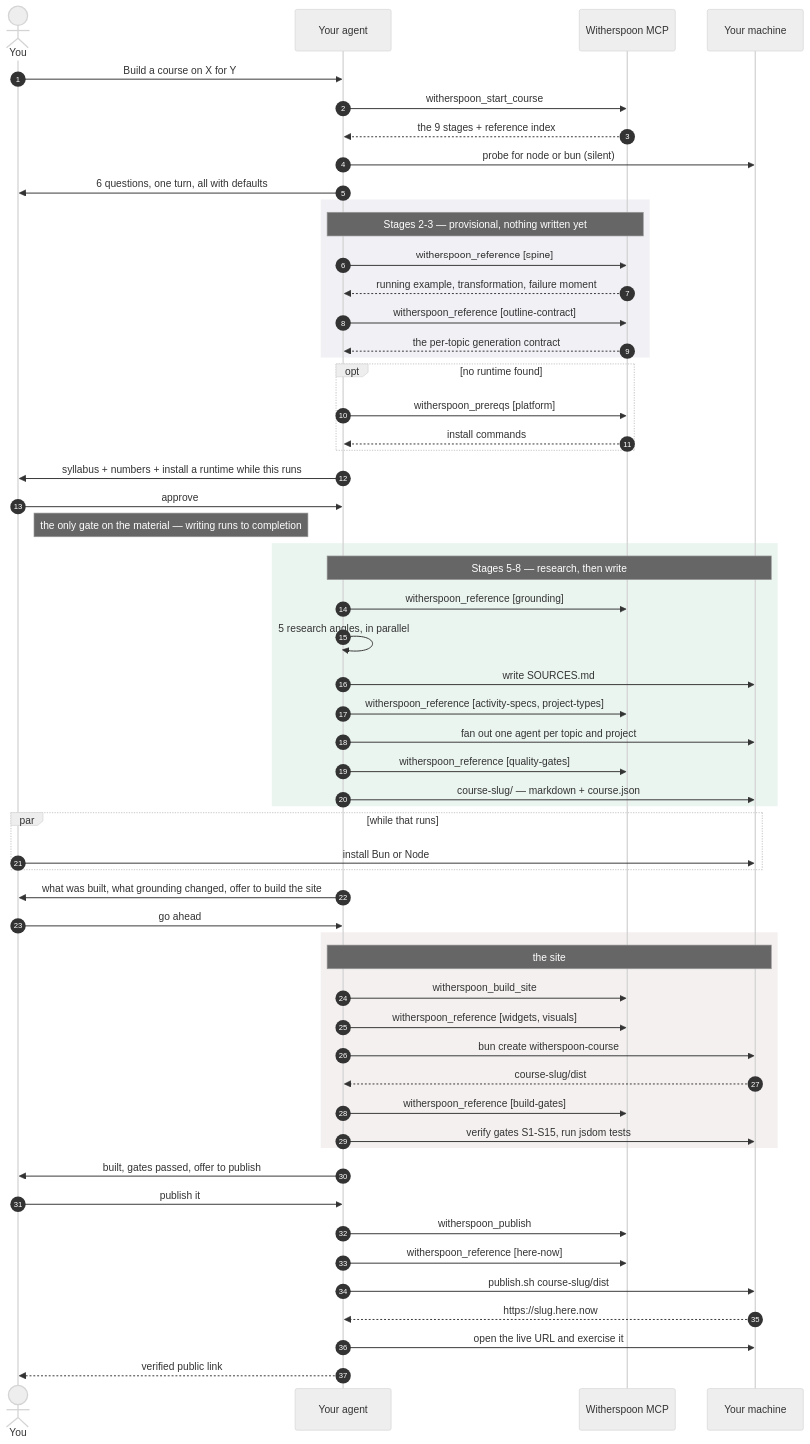
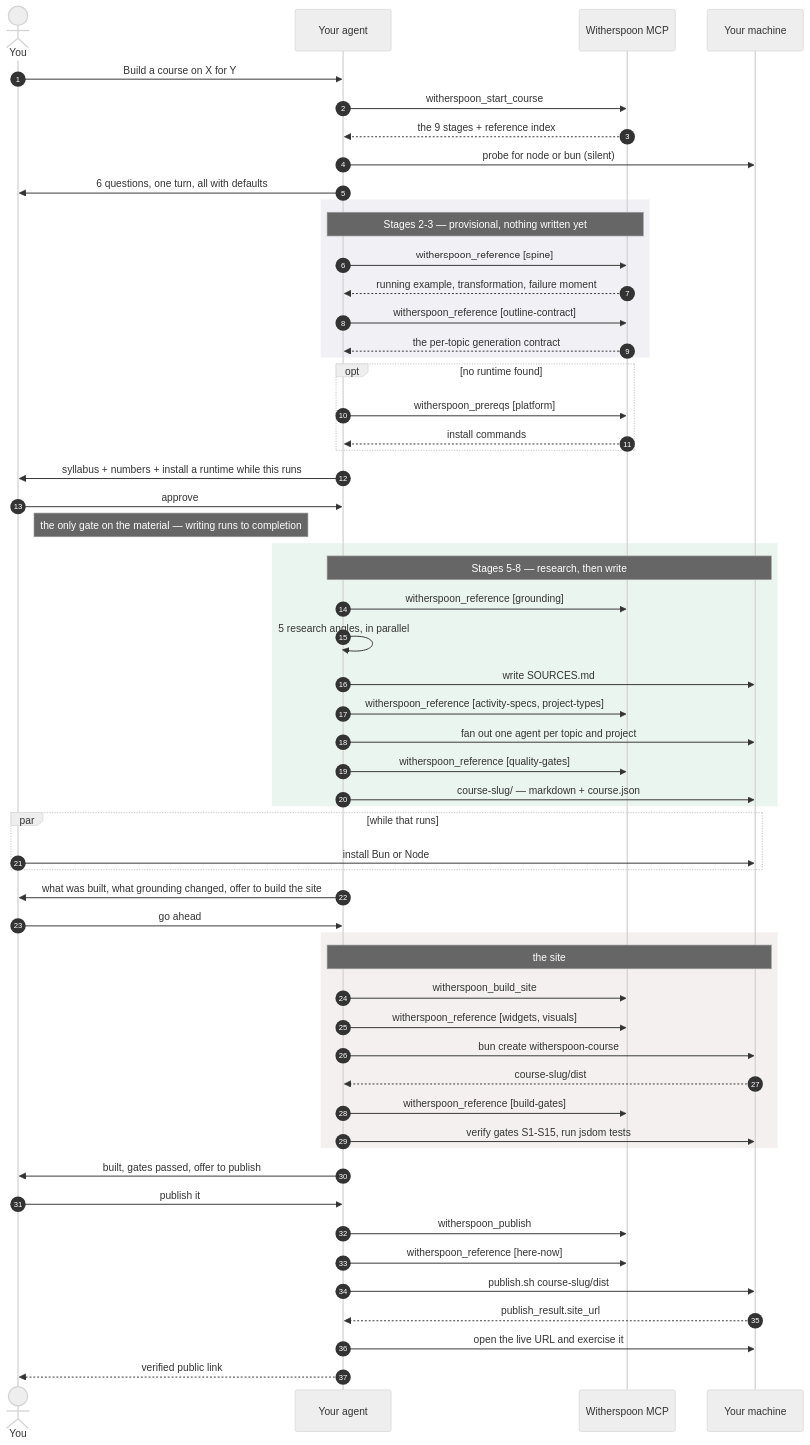
The diagram in README.md (colinmollenhour/witherspoon), drawn with Mermaid (neutral theme) before and after one commit. The commit also changed other lines of this file and 1 other file, not shown here.

First line of the commit message:
Address remaining Copilot review notes on publish docs

````diff
--- a/README.md
+++ b/README.md
@@ -356,69 +357,69 @@
 ```mermaid
 sequenceDiagram
     autonumber
     actor U as You
     participant A as Your agent
     participant W as Witherspoon MCP
     participant M as Your machine
 
     U->>A: Build a course on X for Y
     A->>W: witherspoon_start_course
     W-->>A: the 9 stages + reference index
     A->>M: probe for node or bun (silent)
     A->>U: 6 questions, one turn, all with defaults
 
     rect rgb(240, 240, 245)
     Note over A,W: Stages 2-3 — provisional, nothing written yet
     A->>W: witherspoon_reference [spine]
     W-->>A: running example, transformation, failure moment
     A->>W: witherspoon_reference [outline-contract]
     W-->>A: the per-topic generation contract
     end
 
     opt no runtime found
     A->>W: witherspoon_prereqs [platform]
     W-->>A: install commands
     end
 
     A->>U: syllabus + numbers + install a runtime while this runs
     U->>A: approve
     Note right of U: the only gate on the material — writing runs to completion
 
     rect rgb(235, 245, 240)
     Note over A,M: Stages 5-8 — research, then write
     A->>W: witherspoon_reference [grounding]
     A->>A: 5 research angles, in parallel
     A->>M: write SOURCES.md
     A->>W: witherspoon_reference [activity-specs, project-types]
     A->>M: fan out one agent per topic and project
     A->>W: witherspoon_reference [quality-gates]
     A->>M: course-slug/ — markdown + course.json
     end
 
     par while that runs
     U->>M: install Bun or Node
     end
 
     A->>U: what was built, what grounding changed, offer to build the site
     U->>A: go ahead
 
     rect rgb(245, 240, 240)
     Note over A,M: the site
     A->>W: witherspoon_build_site
     A->>W: witherspoon_reference [widgets, visuals]
     A->>M: bun create witherspoon-course
     M-->>A: course-slug/dist
     A->>W: witherspoon_reference [build-gates]
     A->>M: verify gates S1-S15, run jsdom tests
     end
 
     A->>U: built, gates passed, offer to publish
     U->>A: publish it
 
     A->>W: witherspoon_publish
     A->>W: witherspoon_reference [here-now]
     A->>M: publish.sh course-slug/dist
-    M-->>A: https://slug.here.now
+    M-->>A: publish_result.site_url
     A->>M: open the live URL and exercise it
     A-->>U: verified public link
 ```
````
